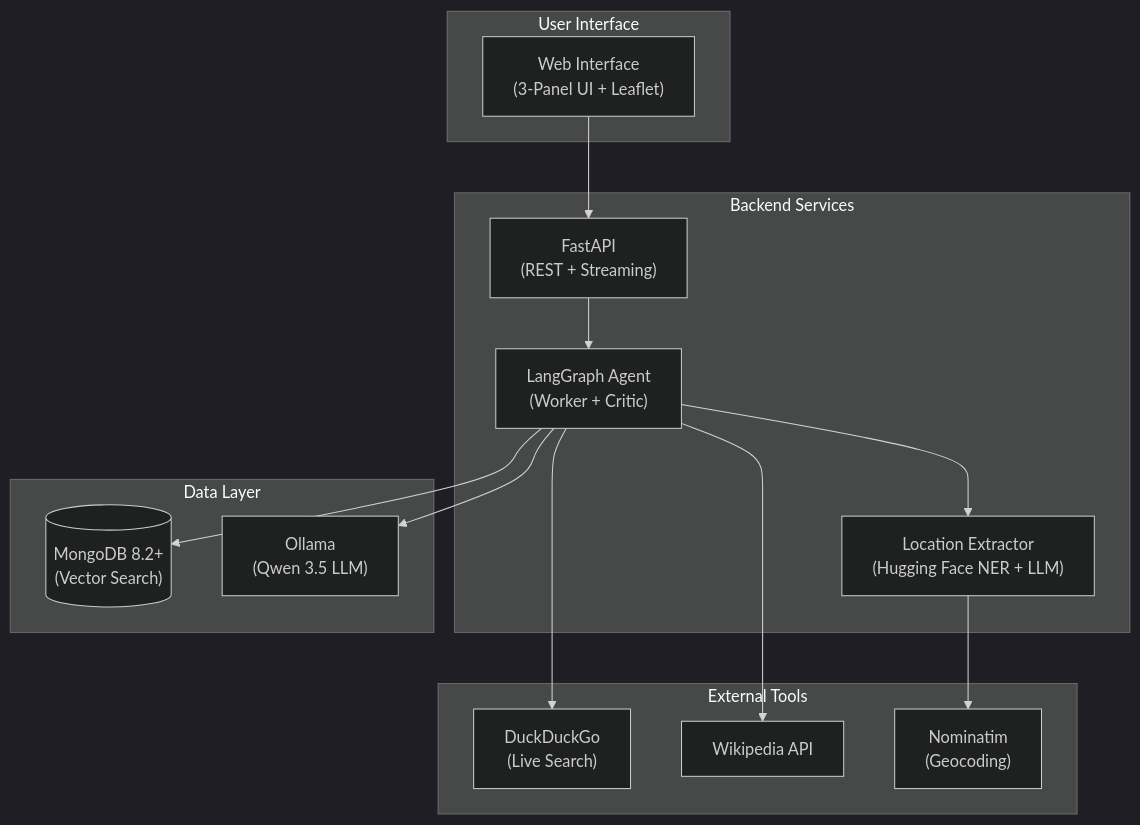
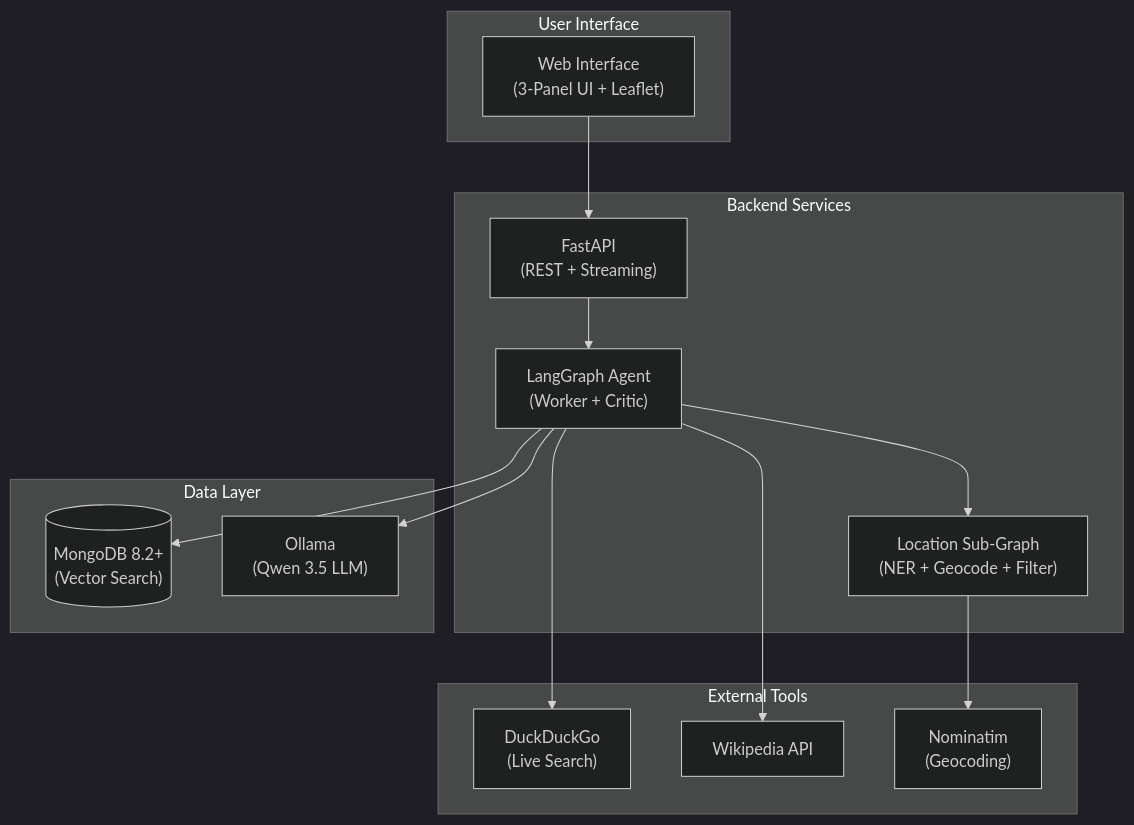
One commit to fbaierl/geo-vision-lab changed the diagram in README.md. Above: the diagram before and after it, drawn with Mermaid. The commit also changed other lines of this file and 4 other files, not shown here.

````diff
--- a/README.md
+++ b/README.md
@@ -40,33 +174,33 @@
 ```mermaid
 %%{init: {'theme': 'dark'}}%%
 graph TB
     subgraph User["User Interface"]
         UI["Web Interface<br/>(3-Panel UI + Leaflet)"]
     end
 
     subgraph Backend["Backend Services"]
         API["FastAPI<br/>(REST + Streaming)"]
         AGENT["LangGraph Agent<br/>(Worker + Critic)"]
-        LOC["Location Extractor<br/>(Hugging Face NER + LLM)"]
+        LOC["Location Sub-Graph<br/>(NER + Geocode + Filter)"]
     end
 
     subgraph Data["Data Layer"]
         MDB[("MongoDB 8.2+<br/>(Vector Search)")]
         OL["Ollama<br/>(Qwen 3.5 LLM)"]
     end
 
     subgraph Tools["External Tools"]
         WEB["DuckDuckGo<br/>(Live Search)"]
         WIKI["Wikipedia API"]
         NOM["Nominatim<br/>(Geocoding)"]
     end
 
     UI --> API
     API --> AGENT
     AGENT --> MDB
     AGENT --> OL
     AGENT --> WEB
     AGENT --> WIKI
     AGENT --> LOC
     LOC --> NOM
 ```
````
